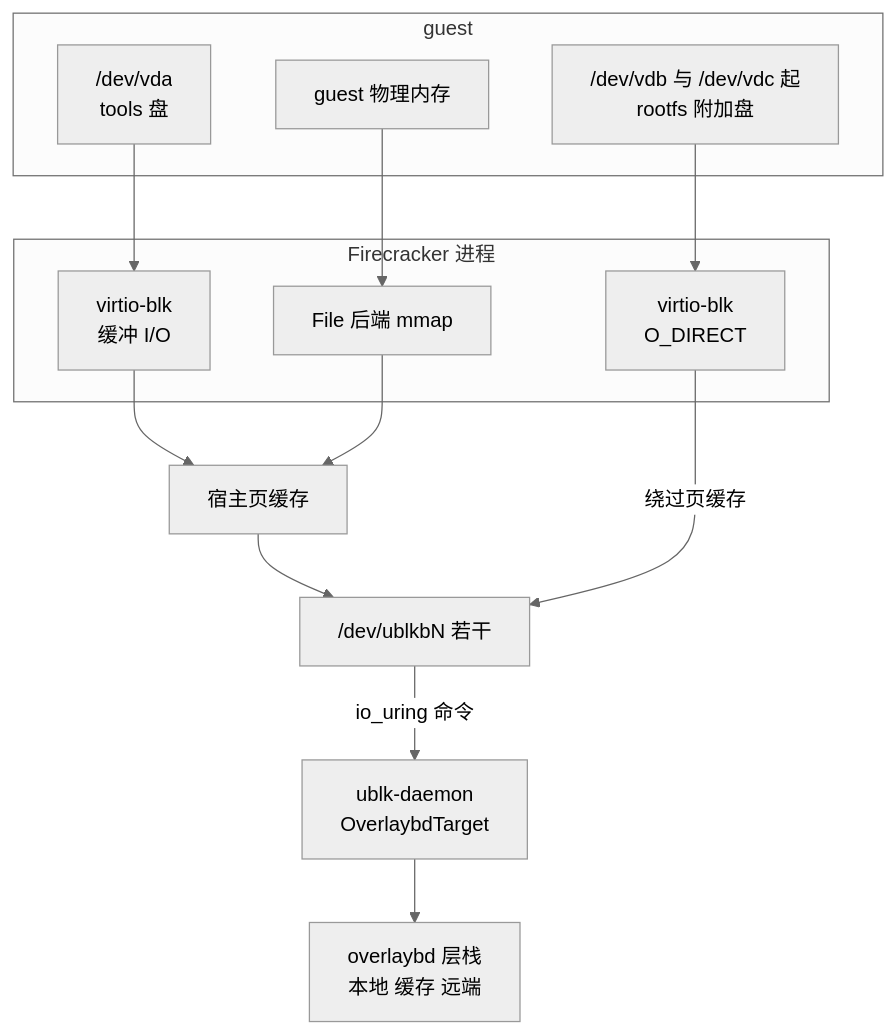
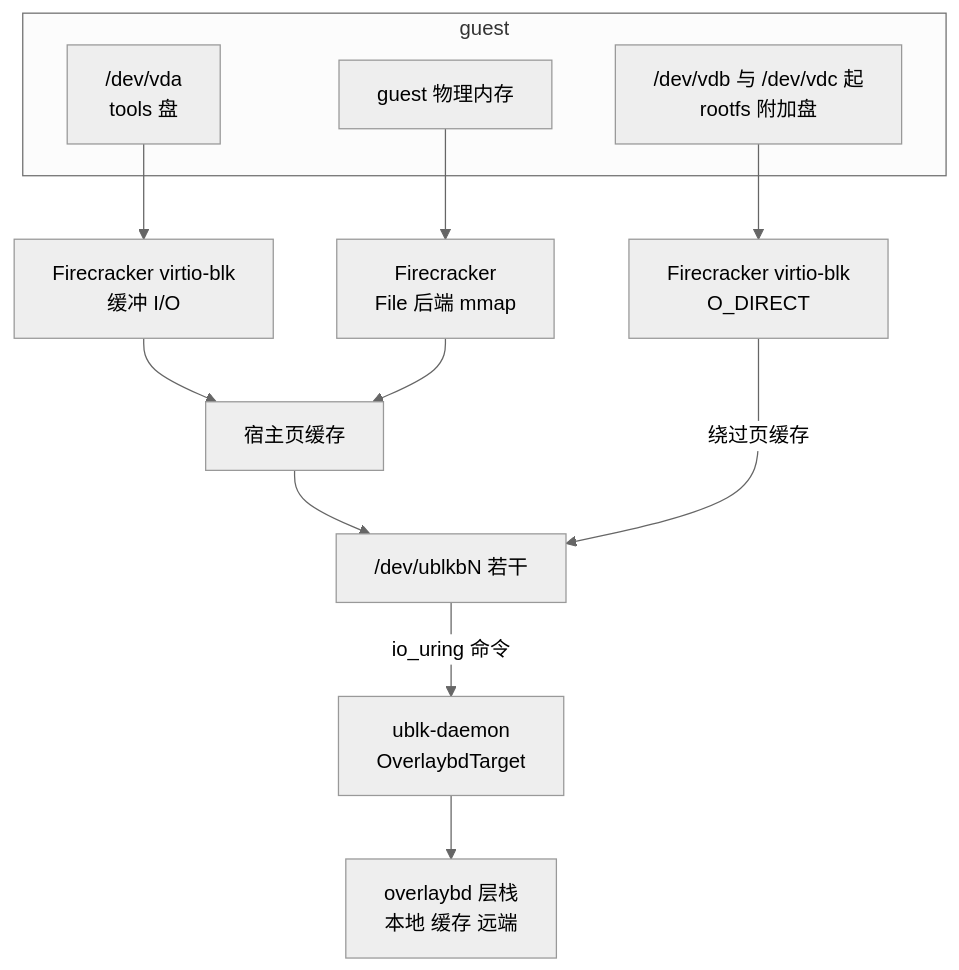
Before and after one commit to AustinJiangg/ai-books: the first of 2 diagrams in agentenv/26-sandbox-block-devices.md, drawn with Mermaid (neutral theme). The commit also changed 3 other files, not shown here.

````diff
--- a/agentenv/26-sandbox-block-devices.md
+++ b/agentenv/26-sandbox-block-devices.md
@@ -43,26 +43,24 @@
 ```mermaid
 flowchart TB
     subgraph G["guest"]
         G3["guest 物理内存"]
         G1["/dev/vda<br/>tools 盘"]
         G2["/dev/vdb 与 /dev/vdc 起<br/>rootfs 附加盘"]
     end
-    subgraph F["Firecracker 进程"]
-        M["File 后端 mmap"]
-        V1["virtio-blk<br/>缓冲 I/O"]
-        V2["virtio-blk<br/>O_DIRECT"]
-    end
+    M["Firecracker<br/>File 后端 mmap"]
+    V1["Firecracker virtio-blk<br/>缓冲 I/O"]
+    V2["Firecracker virtio-blk<br/>O_DIRECT"]
     PC["宿主页缓存"]
     UB["/dev/ublkbN 若干"]
     D["ublk-daemon<br/>OverlaybdTarget"]
     L["overlaybd 层栈<br/>本地 缓存 远端"]
     G3 --> M
     G1 --> V1
     G2 --> V2
     V1 --> PC
     M --> PC
     PC --> UB
     V2 -->|"绕过页缓存"| UB
     UB -->|"io_uring 命令"| D
     D --> L
 ```
````
